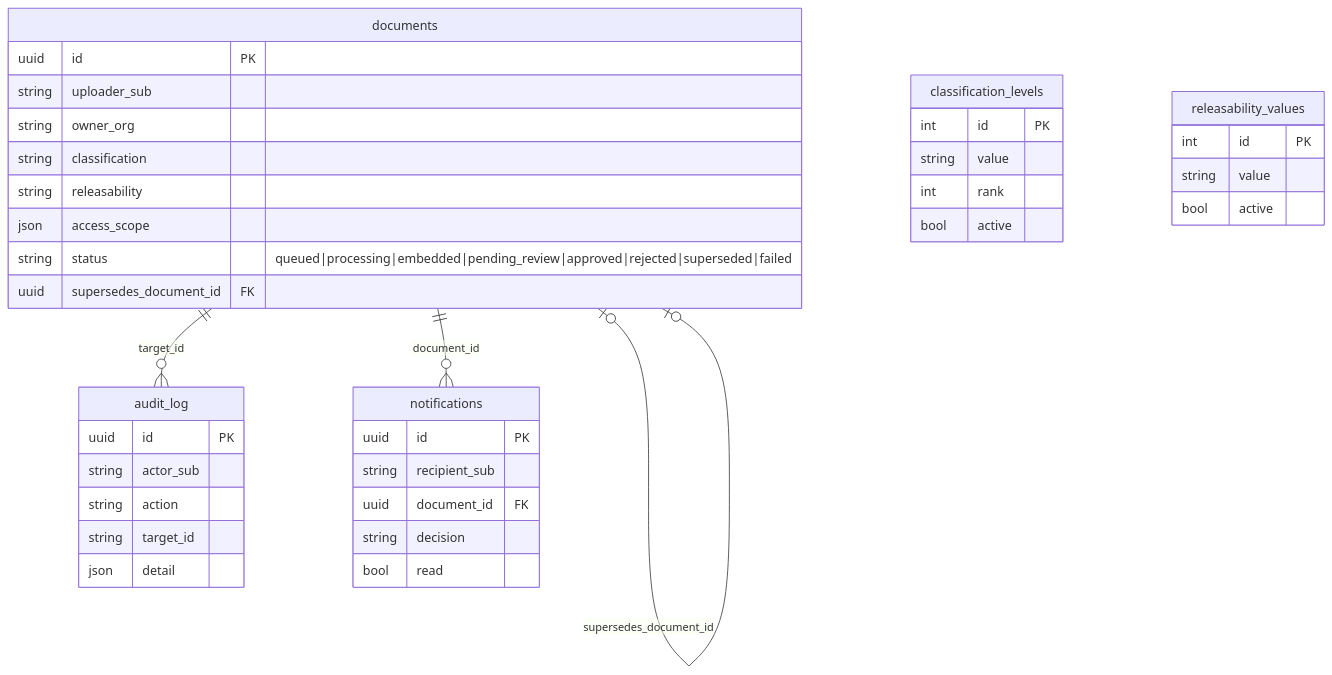
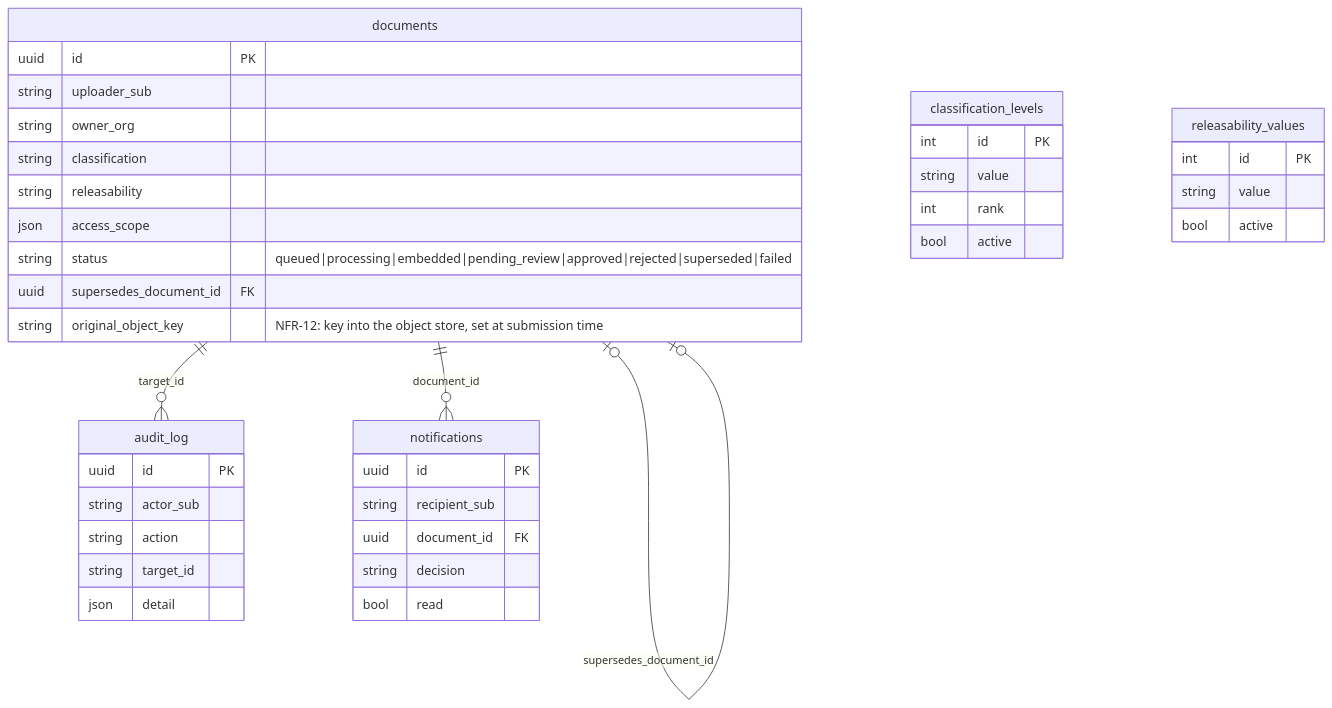
Before and after one commit to schuecl/nexus-rag: the second of 8 diagrams in ARCHITECTURE.md, drawn with Mermaid. The commit also changed other lines of this file and 1 other file, not shown here.

````diff
--- a/ARCHITECTURE.md
+++ b/ARCHITECTURE.md
@@ -64,42 +76,43 @@
 ```mermaid
 erDiagram
     documents ||--o{ audit_log : "target_id"
     documents ||--o{ notifications : "document_id"
     documents |o--o| documents : "supersedes_document_id"
 
     documents {
         uuid id PK
         string uploader_sub
         string owner_org
         string classification
         string releasability
         json access_scope
         string status "queued|processing|embedded|pending_review|approved|rejected|superseded|failed"
         uuid supersedes_document_id FK
+        string original_object_key "NFR-12: key into the object store, set at submission time"
     }
     audit_log {
         uuid id PK
         string actor_sub
         string action
         string target_id
         json detail
     }
     notifications {
         uuid id PK
         string recipient_sub
         uuid document_id FK
         string decision
         bool read
     }
     classification_levels {
         int id PK
         string value
         int rank
         bool active
     }
     releasability_values {
         int id PK
         string value
         bool active
     }
 ```
````
